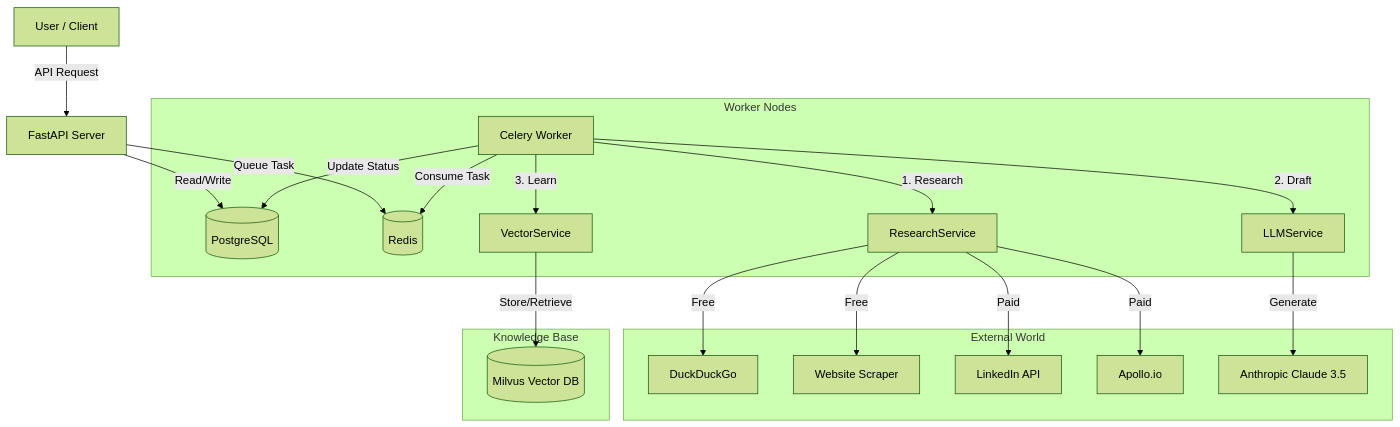
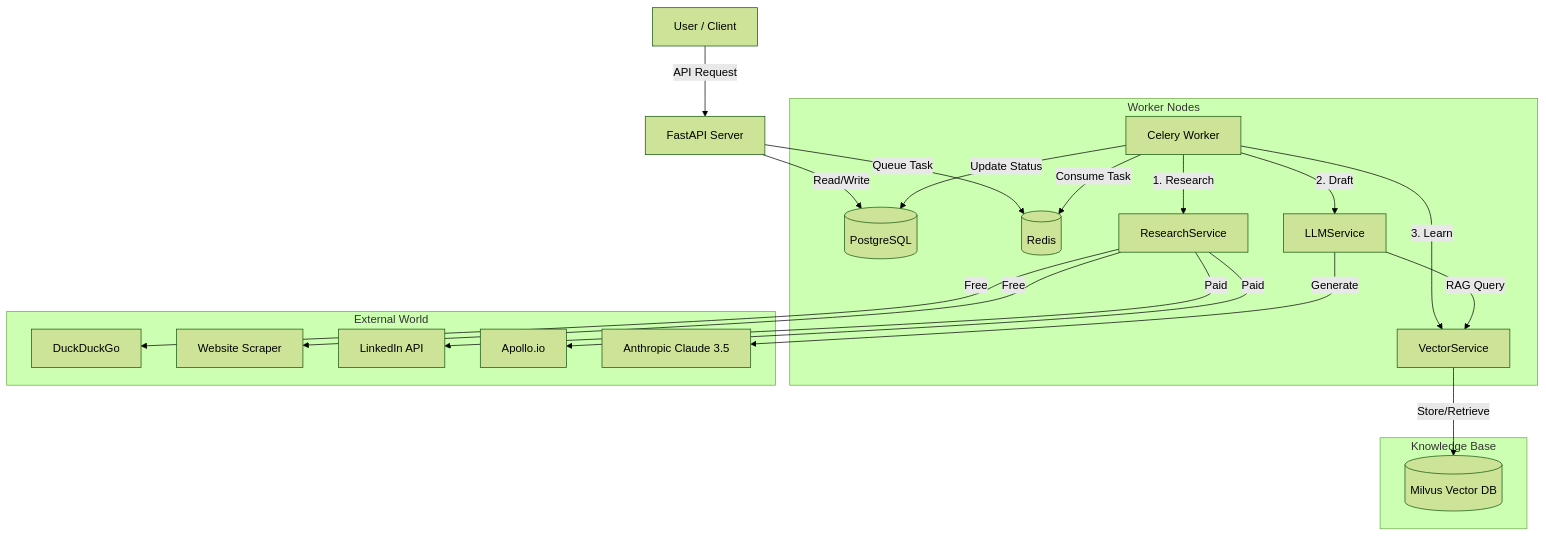
Before and after one commit to akshayrastogi-md/Akshay: the diagram in apps/aiden-server/README.md, drawn with Mermaid (forest theme). The commit also changed other lines of this file and 1 other file, not shown here.

````diff
--- a/apps/aiden-server/README.md
+++ b/apps/aiden-server/README.md
@@ -11,28 +11,29 @@
 ```mermaid
 graph TD
     User[User / Client] -->|API Request| API[FastAPI Server]
     API -->|Read/Write| DB[(PostgreSQL)]
     API -->|Queue Task| Redis[(Redis)]
 
     subgraph "Worker Nodes"
         Worker[Celery Worker] -->|Consume Task| Redis
         Worker -->|Update Status| DB
 
         Worker -->|1. Research| ResearchService
         Worker -->|2. Draft| LLMService
         Worker -->|3. Learn| VectorService
     end
 
     subgraph "External World"
         ResearchService -->|Free| DDG[DuckDuckGo]
         ResearchService -->|Free| Web[Website Scraper]
         ResearchService -->|Paid| Proxycurl[LinkedIn API]
         ResearchService -->|Paid| Apollo[Apollo.io]
 
         LLMService -->|Generate| Claude[Anthropic Claude 3.5]
     end
 
     subgraph "Knowledge Base"
         VectorService -->|Store/Retrieve| Milvus[(Milvus Vector DB)]
+        LLMService -->|RAG Query| VectorService
     end
 ```
````
